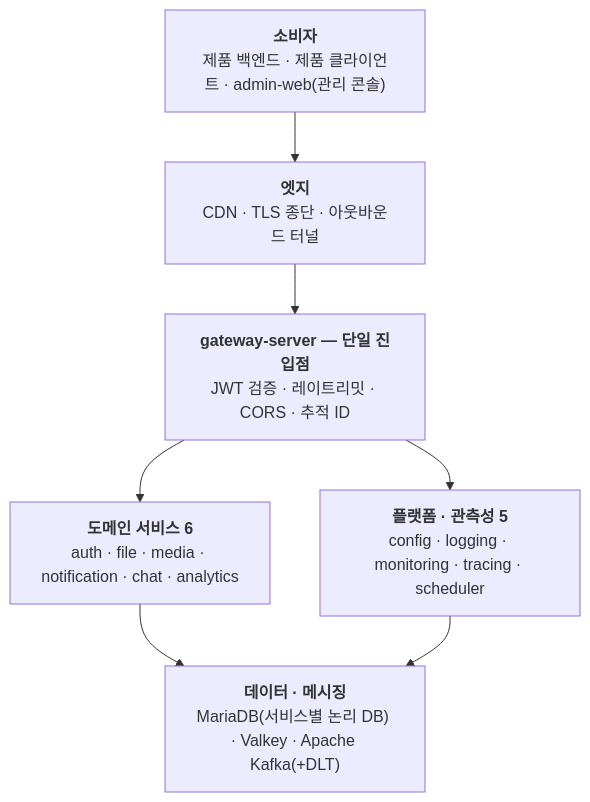
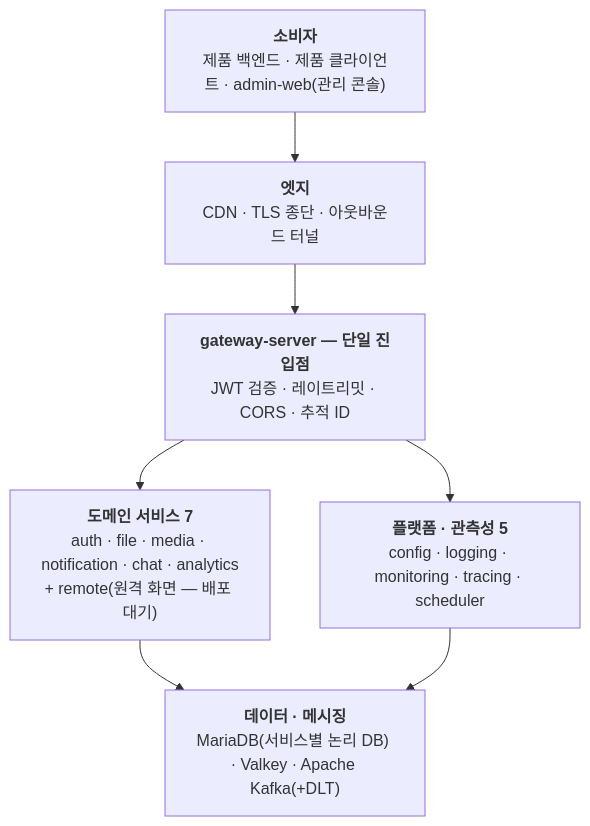
The diagram in README.md (s-work-agency/ssw-infra-public), drawn with Mermaid before and after one commit. The commit also changed other lines of this file and 3 other files, not shown here.

````diff
--- a/README.md
+++ b/README.md
@@ -22,15 +23,15 @@
 ```mermaid
 flowchart TB
     CLIENT["<b>소비자</b><br/>제품 백엔드 · 제품 클라이언트 · admin-web(관리 콘솔)"]
     EDGE["<b>엣지</b><br/>CDN · TLS 종단 · 아웃바운드 터널"]
     GW["<b>gateway-server — 단일 진입점</b><br/>JWT 검증 · 레이트리밋 · CORS · 추적 ID"]
-    SVC["<b>도메인 서비스 6</b><br/>auth · file · media · notification · chat · analytics"]
+    SVC["<b>도메인 서비스 7</b><br/>auth · file · media · notification · chat · analytics<br/>+ remote(원격 화면 — 배포 대기)"]
     PLAT["<b>플랫폼 · 관측성 5</b><br/>config · logging · monitoring · tracing · scheduler"]
     DATA["<b>데이터 · 메시징</b><br/>MariaDB(서비스별 논리 DB) · Valkey · Apache Kafka(+DLT)"]
 
     CLIENT --> EDGE --> GW
     GW --> SVC
     GW --> PLAT
     SVC --> DATA
     PLAT --> DATA
 ```
````
